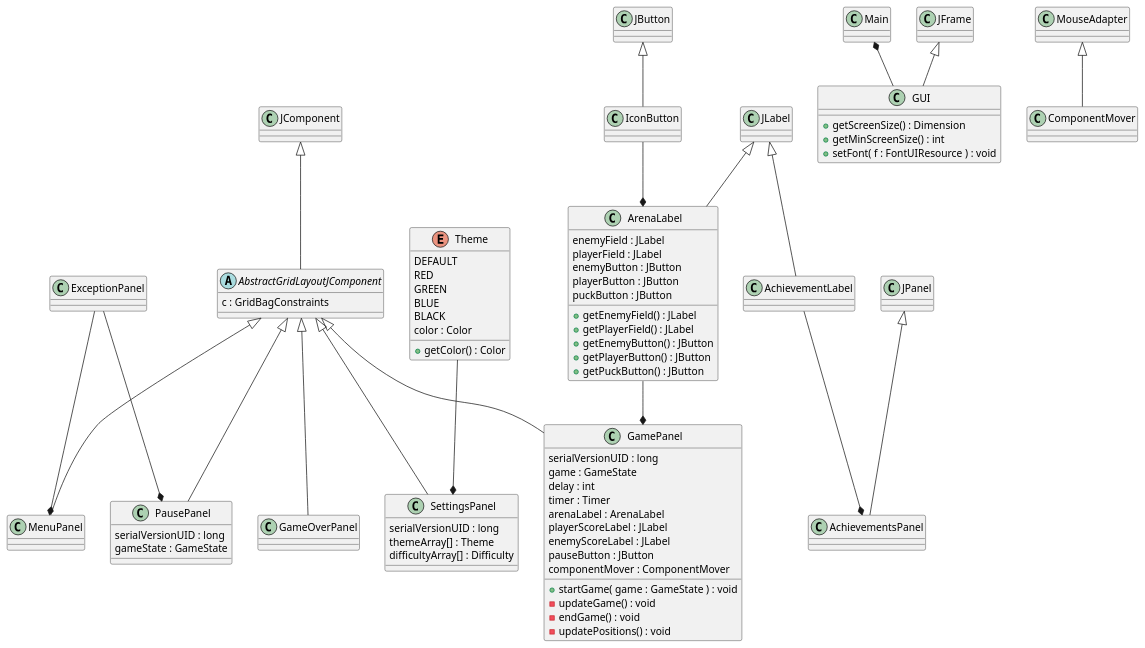
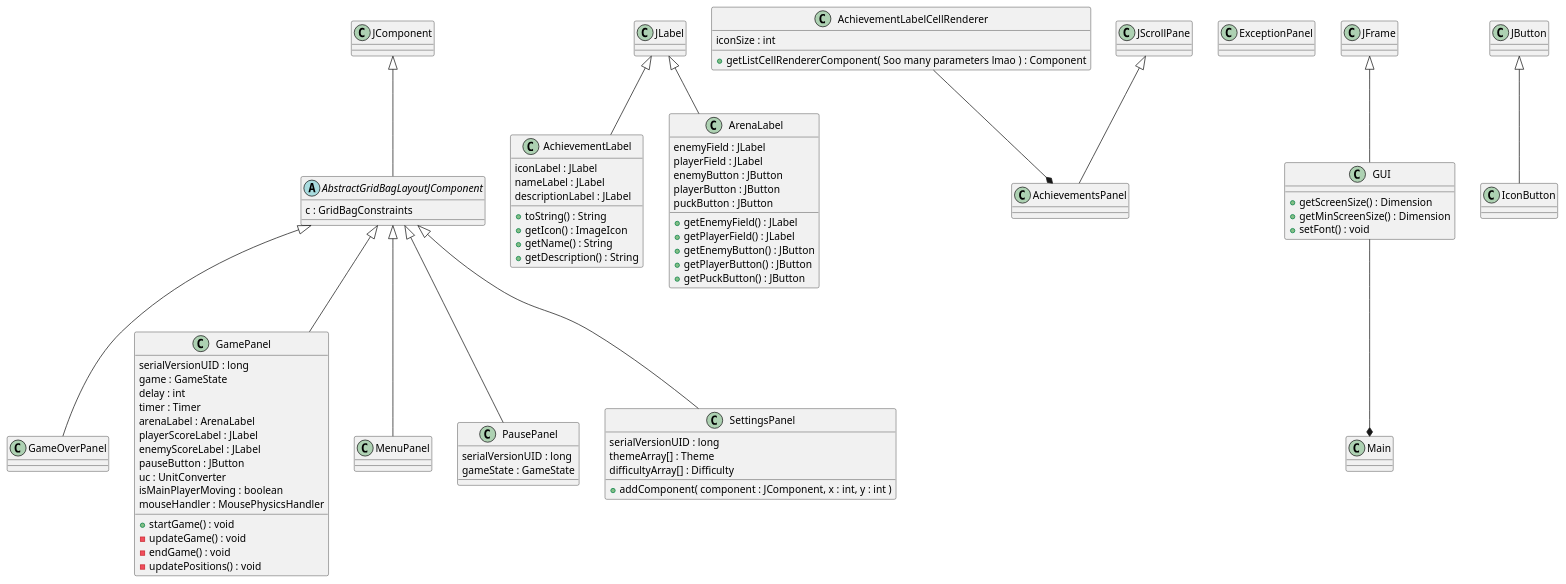
The diagram in UML/PlantUML-code/GeneralUML.plantuml (Borgotto/OOP21-air-hockey), drawn with PlantUML before and after one commit. The commit also changed other lines of this file, not shown here.

Commit message:
Update GUI UML

```diff
--- a/UML/PlantUML-code/GeneralUML.plantuml
+++ b/UML/PlantUML-code/GeneralUML.plantuml
@@ -92,114 +1,108 @@
-@startuml Gui
+@startuml All-GUI
 
-abstract class AbstractGridLayoutJComponent {
+abstract class AbstractGridBagLayoutJComponent {
     c : GridBagConstraints
 }
 
-class Main {
-}
+class AchievementLabel {
+    iconLabel : JLabel
+    nameLabel : JLabel
+    descriptionLabel : JLabel
 
-class GUI {
-    + getScreenSize() : Dimension
-    + getMinScreenSize() : int
-    + setFont( f : FontUIResource ) : void  
-}
-
-class MenuPanel {
-}
-
-class PausePanel {
-    serialVersionUID : long
-    gameState : GameState
-}
-
-class SettingsPanel {
-    serialVersionUID : long
-    themeArray[] : Theme
-    difficultyArray[] : Difficulty
-}
-
-class GamePanel {
-    serialVersionUID : long
-    game : GameState
-    delay : int
-    timer : Timer
-    arenaLabel : ArenaLabel
-    playerScoreLabel : JLabel
-    enemyScoreLabel : JLabel
-    pauseButton : JButton
-    componentMover : ComponentMover
-
-    + startGame( game : GameState ) : void
-    - updateGame() : void
-    - endGame() : void
-    - updatePositions() : void
-}
-
-class GameOverPanel {
+    + toString() : String
+    + getIcon() : ImageIcon
+    + getName() : String
+    + getDescription() : String
 }
 
 class AchievementsPanel {
 }
 
-class AchievementLabel {
+class AchievementLabelCellRenderer {
+    iconSize : int
+    
+    + getListCellRendererComponent( Soo many parameters lmao ) : Component
 }
 
 class ArenaLabel {
     enemyField : JLabel
     playerField : JLabel
     enemyButton : JButton
     playerButton : JButton
     puckButton : JButton
 
     + getEnemyField() : JLabel
     + getPlayerField() : JLabel
     + getEnemyButton() : JButton
     + getPlayerButton() : JButton
     + getPuckButton() : JButton
 }
 
 class ExceptionPanel {
 }
 
+class GameOverPanel {
+}
+
+class GamePanel {
+    serialVersionUID : long
+    game : GameState
+    delay : int
+    timer : Timer
+    arenaLabel : ArenaLabel
+    playerScoreLabel : JLabel
+    enemyScoreLabel : JLabel
+    pauseButton : JButton
+    uc : UnitConverter
+    isMainPlayerMoving : boolean
+    mouseHandler : MousePhysicsHandler
+
+    + startGame() : void
+    - updateGame() : void
+    - endGame() : void
+    - updatePositions() : void
+}
+
+class GUI {
+    + getScreenSize() : Dimension
+    + getMinScreenSize() : Dimension
+    + setFont() : void
+}
+
 class IconButton {
 }
 
-enum Theme {
-    DEFAULT
-    RED
-    GREEN
-    BLUE
-    BLACK
-    color : Color
-
-    + getColor() : Color
+class Main {
 }
 
-class ComponentMover {
+class MenuPanel {
 }
 
-abstract class AbstractGridLayoutJComponent extends JComponent
-Main *-- GUI
+class PausePanel {
+    serialVersionUID : long
+    gameState : GameState
+}
+
+class SettingsPanel {
+    serialVersionUID : long
+    themeArray[] : Theme
+    difficultyArray[] : Difficulty
+
+    + addComponent( component : JComponent, x : int, y : int )
+}
+
+abstract class AbstractGridBagLayoutJComponent extends JComponent
+class AchievementLabel extends JLabel
+class AchievementsPanel extends JScrollPane
+AchievementLabelCellRenderer --* AchievementsPanel
+class ArenaLabel extends JLabel
+class GameOverPanel extends AbstractGridBagLayoutJComponent
+class GamePanel extends AbstractGridBagLayoutJComponent
 class GUI extends JFrame
-
-class MenuPanel extends AbstractGridLayoutJComponent
-class PausePanel extends AbstractGridLayoutJComponent
-class SettingsPanel extends AbstractGridLayoutJComponent
-class GamePanel extends AbstractGridLayoutJComponent
-class GameOverPanel extends AbstractGridLayoutJComponent
-
-class AchievementsPanel extends JPanel
-class AchievementLabel extends JLabel
-class ArenaLabel extends JLabel
 class IconButton extends JButton
-
-class ComponentMover extends MouseAdapter
-
-ArenaLabel --* GamePanel
-AchievementLabel --* AchievementsPanel
-IconButton --* ArenaLabel
-Theme --* SettingsPanel
-ExceptionPanel --* MenuPanel
-ExceptionPanel --* PausePanel
+GUI --* Main
+class MenuPanel extends AbstractGridBagLayoutJComponent
+class PausePanel extends AbstractGridBagLayoutJComponent
+class SettingsPanel extends AbstractGridBagLayoutJComponent
 
 @enduml
```
